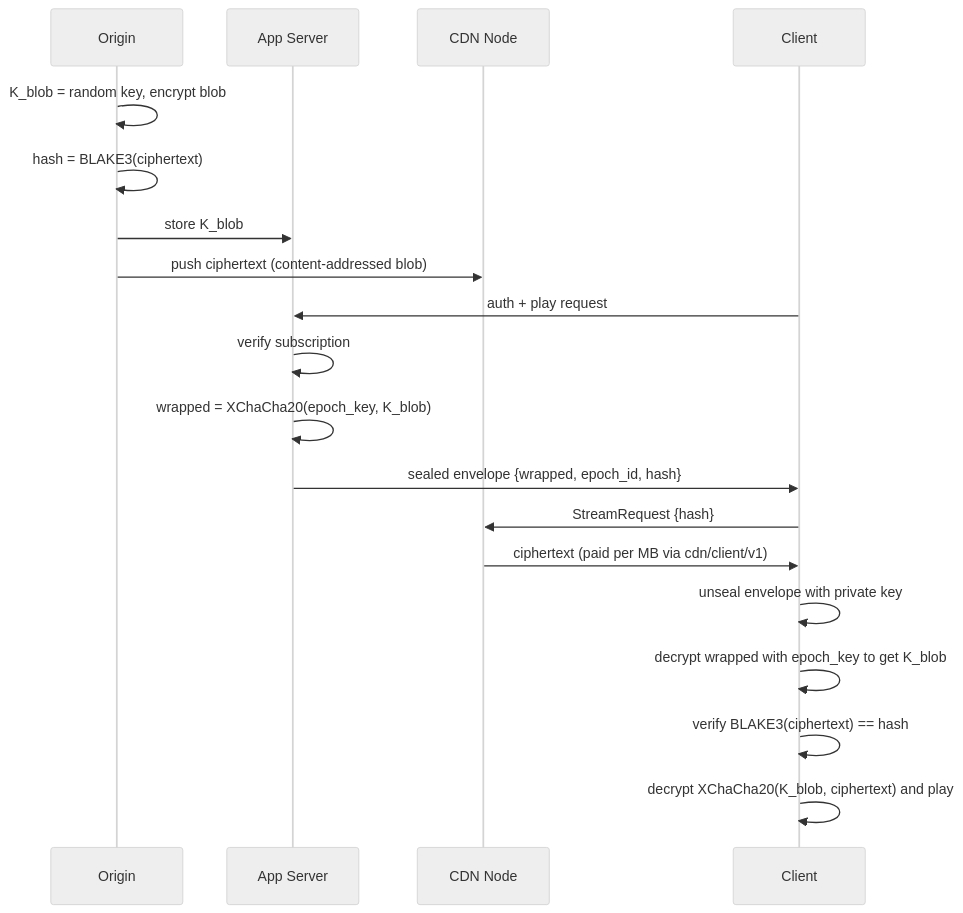
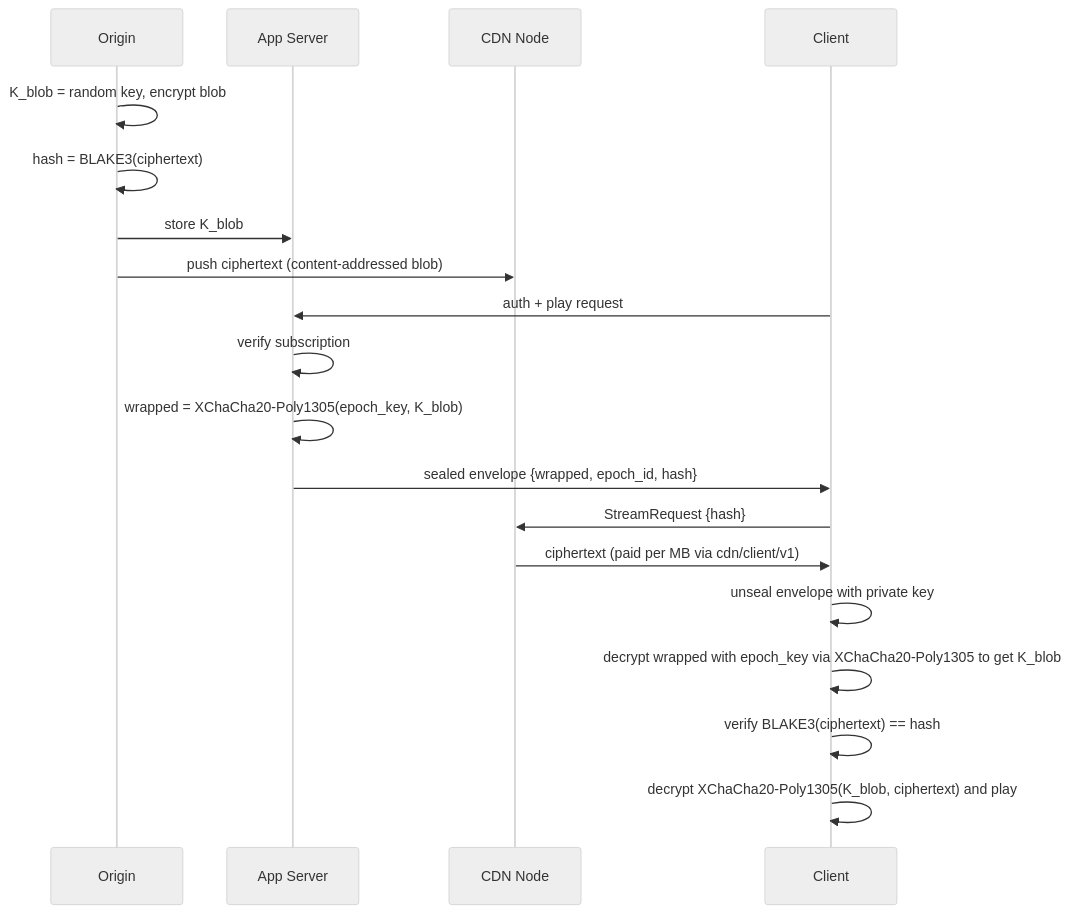
The second of 4 diagrams in adr/006-e2e-encryption.md (decdn/decdn), drawn with Mermaid (neutral theme) before and after one commit. The commit also changed 1 other file, not shown here.

Commit message:
docs: address PR review feedback on Mermaid diagrams
Add missing protocol --> iroh dependency in architecture diagram.
Use full XChaCha20-Poly1305 AEAD name in encryption flow diagram.

````diff
--- a/adr/006-e2e-encryption.md
+++ b/adr/006-e2e-encryption.md
@@ -93,25 +93,25 @@
 ```mermaid
 sequenceDiagram
     participant O as Origin
     participant A as App Server
     participant N as CDN Node
     participant C as Client
 
     O->>O: K_blob = random key, encrypt blob
     O->>O: hash = BLAKE3(ciphertext)
     O->>A: store K_blob
     O->>N: push ciphertext (content-addressed blob)
 
     C->>A: auth + play request
     A->>A: verify subscription
-    A->>A: wrapped = XChaCha20(epoch_key, K_blob)
+    A->>A: wrapped = XChaCha20-Poly1305(epoch_key, K_blob)
     A->>C: sealed envelope {wrapped, epoch_id, hash}
 
     C->>N: StreamRequest {hash}
     N->>C: ciphertext (paid per MB via cdn/client/v1)
 
     C->>C: unseal envelope with private key
-    C->>C: decrypt wrapped with epoch_key to get K_blob
+    C->>C: decrypt wrapped with epoch_key via XChaCha20-Poly1305 to get K_blob
     C->>C: verify BLAKE3(ciphertext) == hash
-    C->>C: decrypt XChaCha20(K_blob, ciphertext) and play
+    C->>C: decrypt XChaCha20-Poly1305(K_blob, ciphertext) and play
 ```
````
